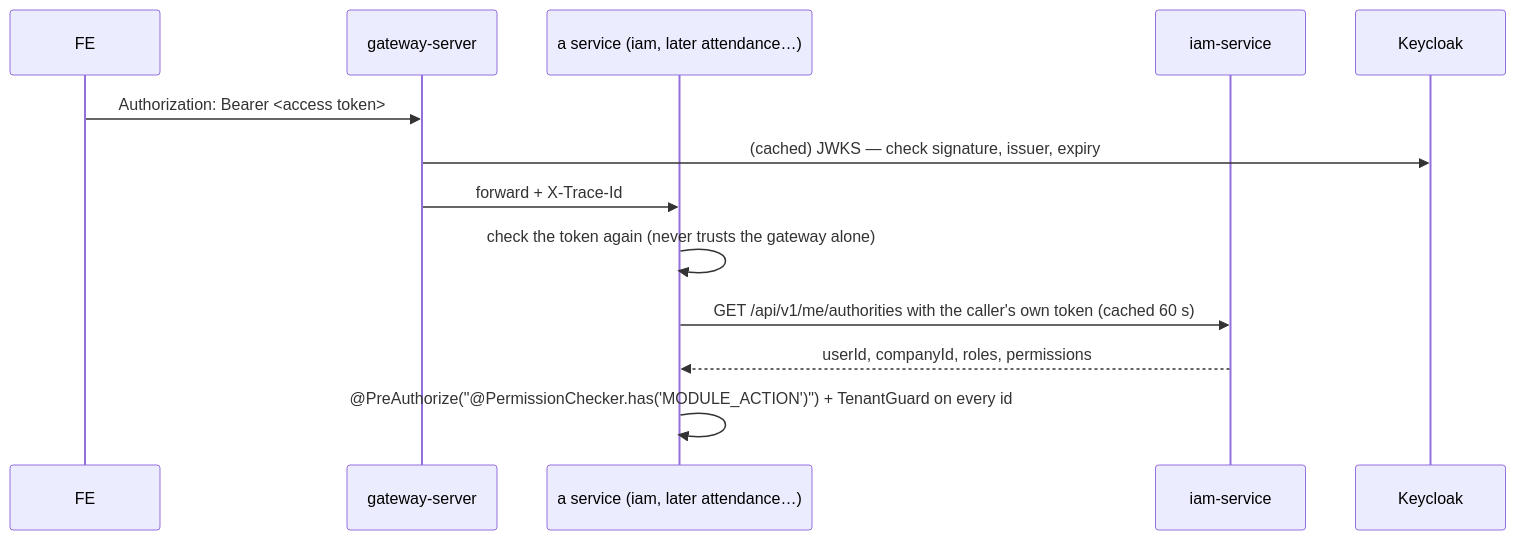
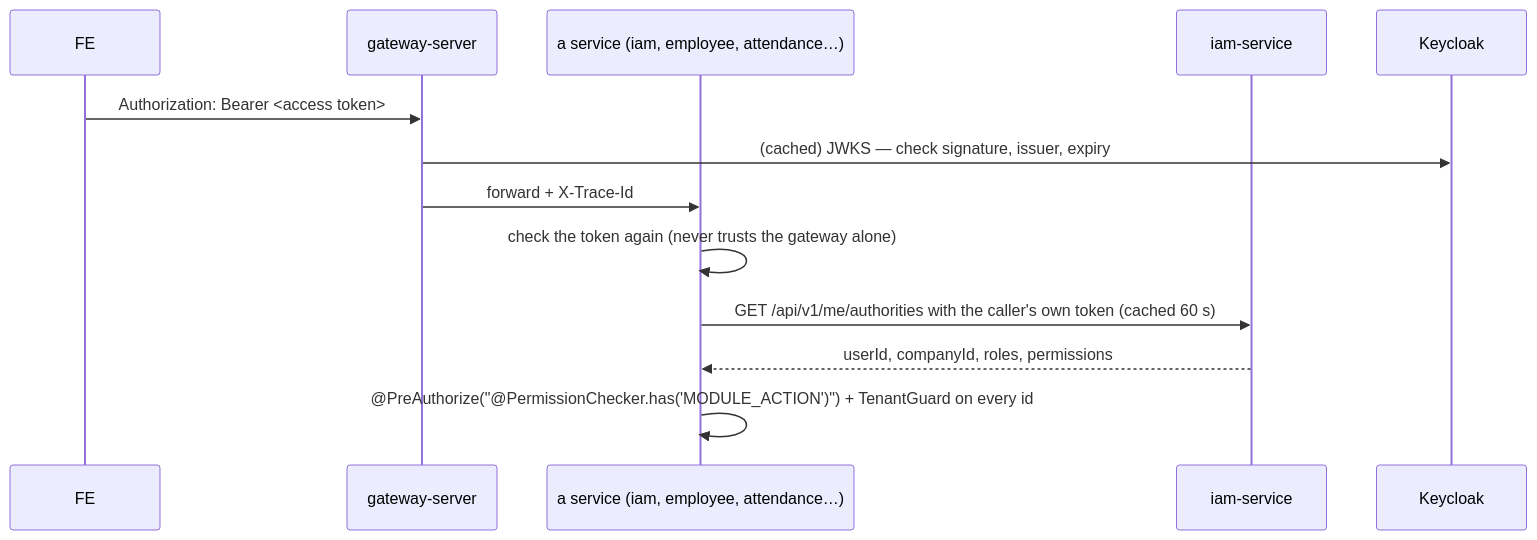
One commit to Tampro/terp-be changed the diagram in README.md. Above: the diagram before and after it, drawn with Mermaid. The commit also changed other lines of this file, not shown here.

First line of the commit message:
[DEV][BE] Document the ERP service layout in README

````diff
--- a/README.md
+++ b/README.md
@@ -16,15 +31,15 @@
 ```mermaid
 sequenceDiagram
   participant FE
   participant GW as gateway-server
-  participant SVC as a service (iam, later attendance…)
+  participant SVC as a service (iam, employee, attendance…)
   participant IAM as iam-service
   participant KC as Keycloak
   FE->>GW: Authorization: Bearer <access token>
   GW->>KC: (cached) JWKS — check signature, issuer, expiry
   GW->>SVC: forward + X-Trace-Id
   SVC->>SVC: check the token again (never trusts the gateway alone)
   SVC->>IAM: GET /api/v1/me/authorities with the caller's own token (cached 60 s)
   IAM-->>SVC: userId, companyId, roles, permissions
   SVC->>SVC: @PreAuthorize("@PermissionChecker.has('MODULE_ACTION')") + TenantGuard on every id
 ```
````
